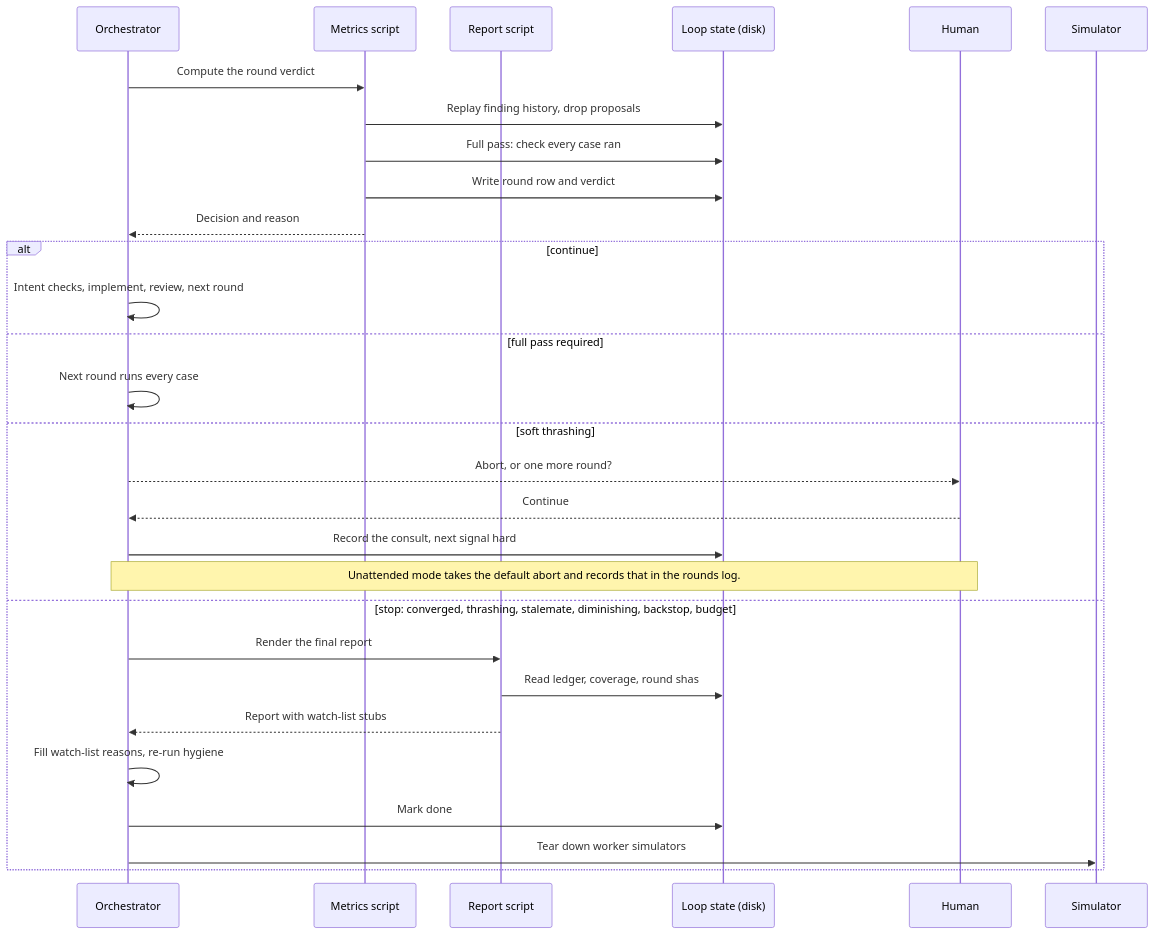
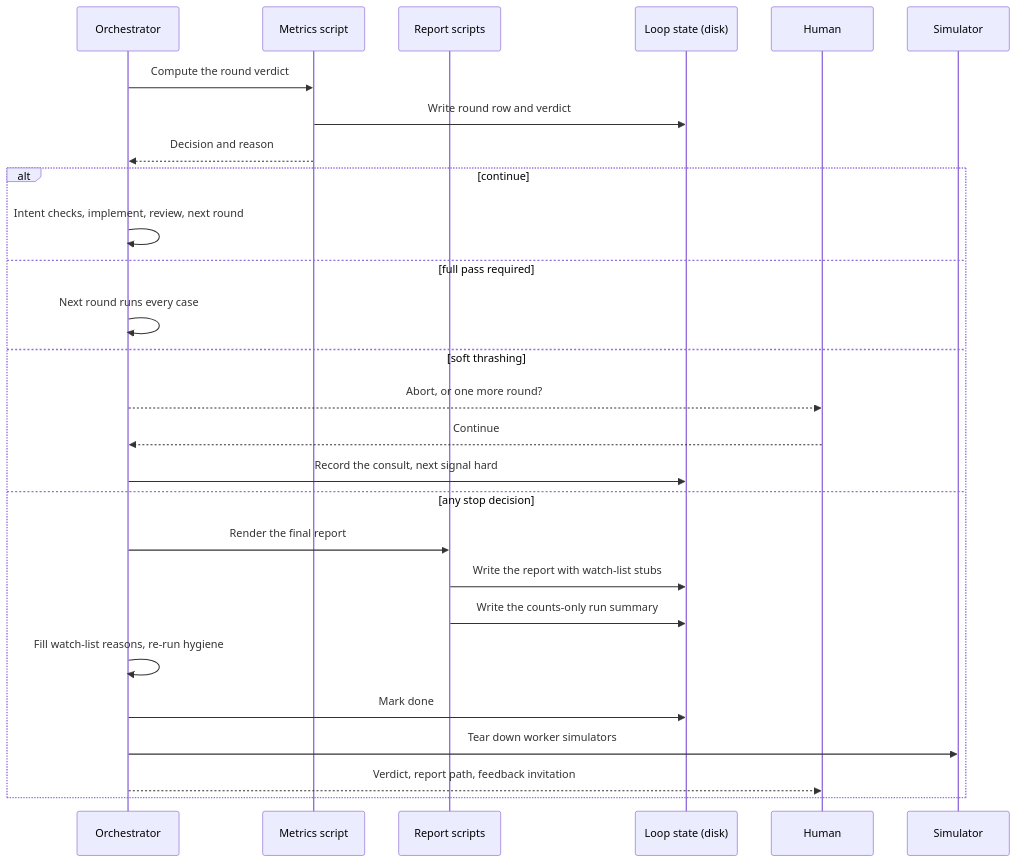
Diagram 20 of 33 in docs/architecture/qa-loop-tools.md (peterlit/quiller-claude-plugins), drawn with Mermaid before and after one commit. The commit also changed other lines of this file and 5 other files, not shown here.

````diff
--- a/docs/architecture/qa-loop-tools.md
+++ b/docs/architecture/qa-loop-tools.md
@@ -655,31 +898,29 @@
 ```mermaid
 sequenceDiagram
     participant O as Orchestrator
     participant M as Metrics script
-    participant R as Report script
+    participant R as Report scripts
     participant L as Loop state (disk)
     participant H as Human
     participant SIM as Simulator
     O->>M: Compute the round verdict
-    M->>L: Replay finding history, drop proposals
-    M->>L: Full pass: check every case ran
     M->>L: Write round row and verdict
     M-->>O: Decision and reason
     alt continue
         O->>O: Intent checks, implement, review, next round
     else full pass required
         O->>O: Next round runs every case
     else soft thrashing
         O-->>H: Abort, or one more round?
         H-->>O: Continue
         O->>L: Record the consult, next signal hard
-        Note over O,H: Unattended mode takes the default abort and records that in the rounds log.
-    else stop: converged, thrashing, stalemate, diminishing, backstop, budget
+    else any stop decision
         O->>R: Render the final report
-        R->>L: Read ledger, coverage, round shas
-        R-->>O: Report with watch-list stubs
+        R->>L: Write the report with watch-list stubs
+        R->>L: Write the counts-only run summary
         O->>O: Fill watch-list reasons, re-run hygiene
         O->>L: Mark done
         O->>SIM: Tear down worker simulators
+        O-->>H: Verdict, report path, feedback invitation
     end
 ```
````
